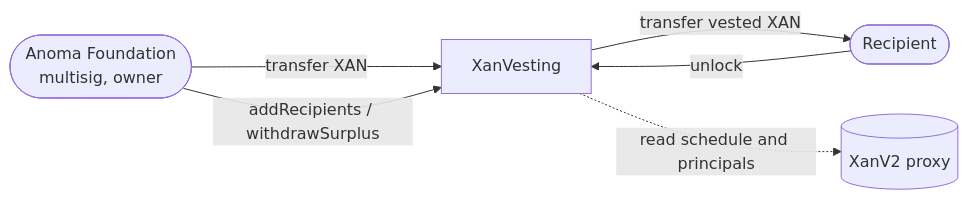
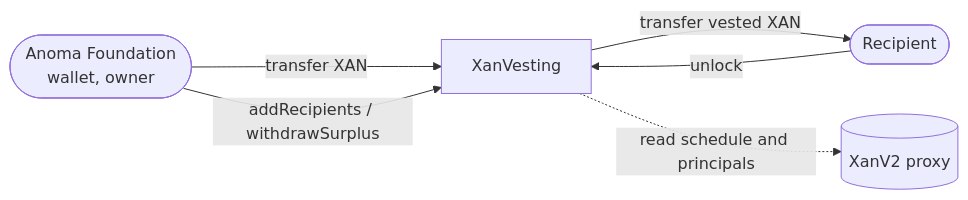
The diagram in docs/03-XanVesting.md (anoma/token), drawn with Mermaid before and after one commit. The commit also changed other lines of this file and 4 other files, not shown here.

Commit message:
docs: name the Anoma Foundation wallet as the XanVesting owner

````diff
--- a/docs/03-XanVesting.md
+++ b/docs/03-XanVesting.md
@@ -15,13 +15,13 @@
 ```mermaid
 flowchart LR
-    foundation([Anoma Foundation<br/>multisig, owner])
+    foundation([Anoma Foundation<br/>wallet, owner])
     recipient([Recipient])
     vesting[XanVesting]
     token[(XanV2 proxy)]
 
     foundation -->|transfer XAN| vesting
     foundation -->|addRecipients / withdrawSurplus| vesting
     recipient -->|unlock| vesting
     vesting -->|transfer vested XAN| recipient
     vesting -.->|read schedule and principals| token
 ```
````
